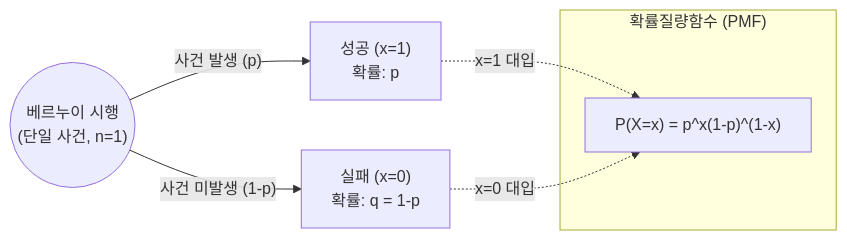
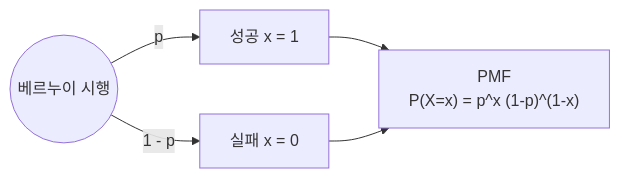
The diagram in content/01_IT Tech/베르누이 분포.md (supremethumb/supremethumb.github.io), drawn with Mermaid before and after one commit. The commit also changed other lines of this file and 1087 other files, not shown here.

````diff
--- a/content/01_IT Tech/베르누이 분포.md
+++ b/content/01_IT Tech/베르누이 분포.md
@@ -29,18 +35,6 @@
 ```mermaid
 flowchart LR
-    Trial(("베르누이 시행<br/>(단일 사건, n=1)"))
-    
-    Success["성공 (x=1)<br/>확률: p"]
-    Failure["실패 (x=0)<br/>확률: q = 1-p"]
-    
-    Trial -- "사건 발생 (p)" --> Success
-    Trial -- "사건 미발생 (1-p)" --> Failure
-    
-    subgraph PMF_Group ["확률질량함수 (PMF)"]
-        Formula["P(X=x) = p^x(1-p)^(1-x)"]
-    end
-    
-    Success -. "x=1 대입" .-> Formula
-    Failure -. "x=0 대입" .-> Formula
-
+    T(("베르누이 시행")) -- "p" --> S["성공 x = 1"]
+    T -- "1 - p" --> F["실패 x = 0"]
+    S & F --> PMF["PMF<br/>P(X=x) = p^x (1-p)^(1-x)"]
 ```
````
